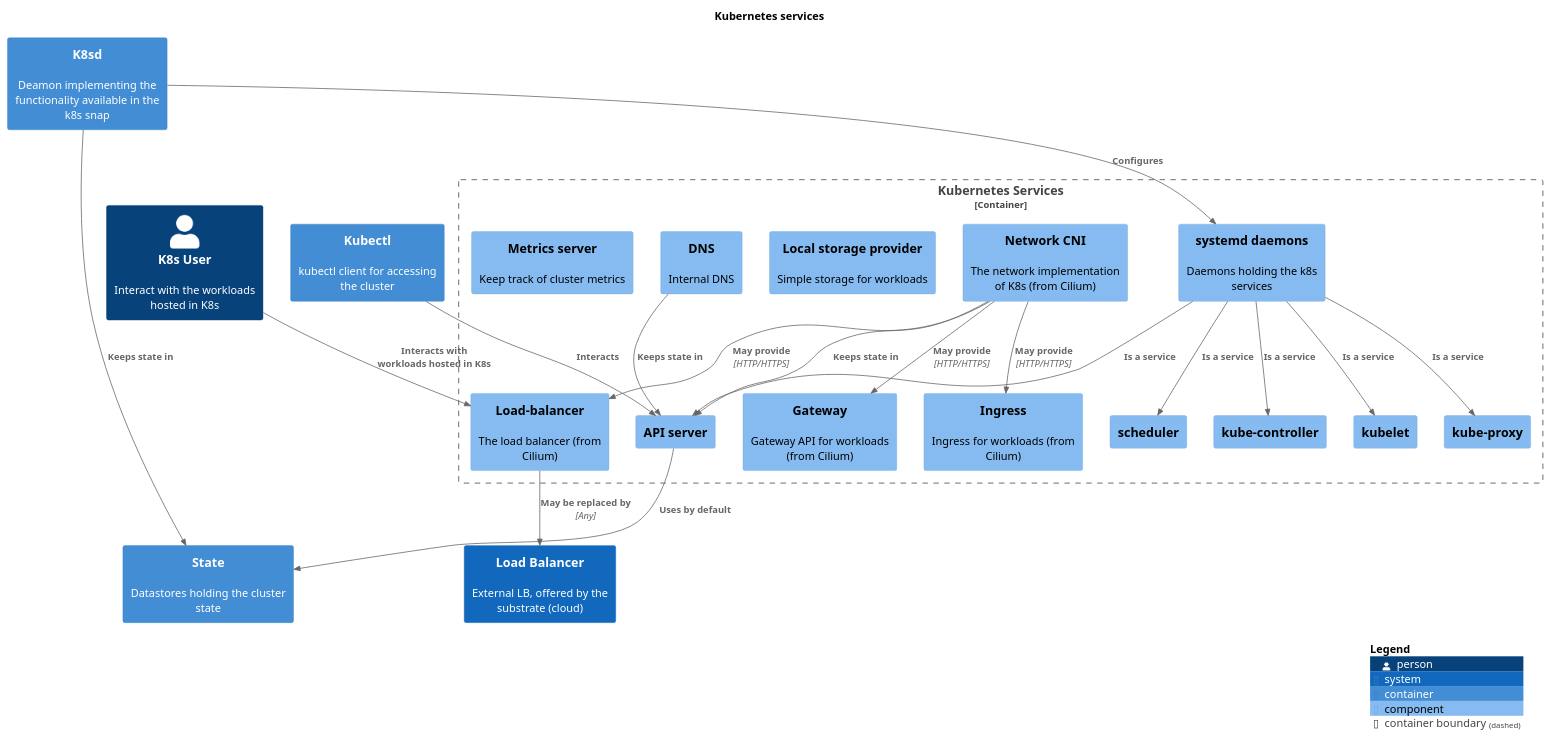
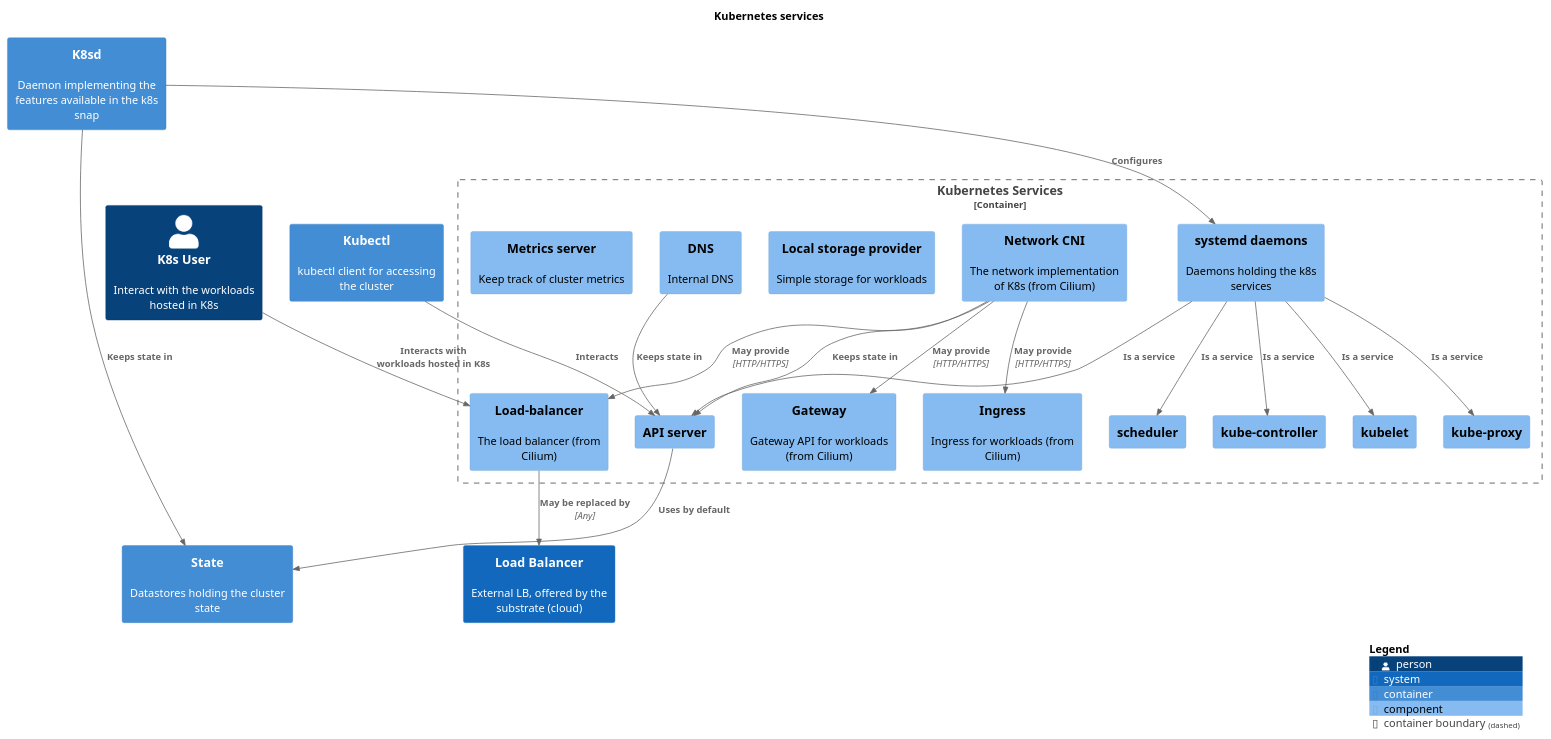
The diagram in docs/src/assets/k8s-services.puml (canonical/k8s-snap), drawn with PlantUML before and after one commit. The commit also changed 10 other files, not shown here.

```diff
--- a/docs/src/assets/k8s-services.puml
+++ b/docs/src/assets/k8s-services.puml
@@ -1,52 +1,52 @@
 @startuml
 set separator none
 title Kubernetes services
 
 top to bottom direction
 
 !include <C4/C4>
 !include <C4/C4_Context>
 !include <C4/C4_Container>
 !include <C4/C4_Component>
 
-Container(K8sSnapDistribution.K8sd, "K8sd", $techn="", $descr="Deamon implementing the functionality available in the k8s snap", $tags="", $link="")
+Container(K8sSnapDistribution.K8sd, "K8sd", $techn="", $descr="Daemon implementing the features available in the k8s snap", $tags="", $link="")
 Container(K8sSnapDistribution.State, "State", $techn="", $descr="Datastores holding the cluster state", $tags="", $link="")
 Person(K8sUser, "K8s User", $descr="Interact with the workloads hosted in K8s", $tags="", $link="")
 System(LoadBalancer, "Load Balancer", $descr="External LB, offered by the substrate (cloud)", $tags="", $link="")
 Container(K8sSnapDistribution.Kubectl, "Kubectl", $techn="", $descr="kubectl client for accessing the cluster", $tags="", $link="")
 
 Container_Boundary("K8sSnapDistribution.KubernetesServices_boundary", "Kubernetes Services", $tags="") {
   Component(K8sSnapDistribution.KubernetesServices.systemddaemons, "systemd daemons", $techn="", $descr="Daemons holding the k8s services", $tags="", $link="")
   Component(K8sSnapDistribution.KubernetesServices.APIserver, "API server", $techn="", $descr="", $tags="", $link="")
   Component(K8sSnapDistribution.KubernetesServices.kubelet, "kubelet", $techn="", $descr="", $tags="", $link="")
   Component(K8sSnapDistribution.KubernetesServices.kubeproxy, "kube-proxy", $techn="", $descr="", $tags="", $link="")
   Component(K8sSnapDistribution.KubernetesServices.scheduler, "scheduler", $techn="", $descr="", $tags="", $link="")
   Component(K8sSnapDistribution.KubernetesServices.kubecontroller, "kube-controller", $techn="", $descr="", $tags="", $link="")
   Component(K8sSnapDistribution.KubernetesServices.NetworkCNI, "Network CNI", $techn="", $descr="The network implementation of K8s (from Cilium)", $tags="", $link="")
   Component(K8sSnapDistribution.KubernetesServices.Localstorageprovider, "Local storage provider", $techn="", $descr="Simple storage for workloads", $tags="", $link="")
   Component(K8sSnapDistribution.KubernetesServices.Ingress, "Ingress", $techn="", $descr="Ingress for workloads (from Cilium)", $tags="", $link="")
   Component(K8sSnapDistribution.KubernetesServices.Gateway, "Gateway", $techn="", $descr="Gateway API for workloads (from Cilium)", $tags="", $link="")
   Component(K8sSnapDistribution.KubernetesServices.DNS, "DNS", $techn="", $descr="Internal DNS", $tags="", $link="")
   Component(K8sSnapDistribution.KubernetesServices.Metricsserver, "Metrics server", $techn="", $descr="Keep track of cluster metrics", $tags="", $link="")
   Component(K8sSnapDistribution.KubernetesServices.Loadbalancer, "Load-balancer", $techn="", $descr="The load balancer (from Cilium)", $tags="", $link="")
 }
 
 Rel(K8sUser, K8sSnapDistribution.KubernetesServices.Loadbalancer, "Interacts with workloads hosted in K8s", $techn="", $tags="", $link="")
 Rel(K8sSnapDistribution.KubernetesServices.Loadbalancer, LoadBalancer, "May be replaced by", $techn="Any", $tags="", $link="")
 Rel(K8sSnapDistribution.K8sd, K8sSnapDistribution.KubernetesServices.systemddaemons, "Configures", $techn="", $tags="", $link="")
 Rel(K8sSnapDistribution.KubernetesServices.systemddaemons, K8sSnapDistribution.KubernetesServices.APIserver, "Is a service", $techn="", $tags="", $link="")
 Rel(K8sSnapDistribution.KubernetesServices.systemddaemons, K8sSnapDistribution.KubernetesServices.kubelet, "Is a service", $techn="", $tags="", $link="")
 Rel(K8sSnapDistribution.KubernetesServices.systemddaemons, K8sSnapDistribution.KubernetesServices.kubeproxy, "Is a service", $techn="", $tags="", $link="")
 Rel(K8sSnapDistribution.KubernetesServices.systemddaemons, K8sSnapDistribution.KubernetesServices.kubecontroller, "Is a service", $techn="", $tags="", $link="")
 Rel(K8sSnapDistribution.KubernetesServices.systemddaemons, K8sSnapDistribution.KubernetesServices.scheduler, "Is a service", $techn="", $tags="", $link="")
 Rel(K8sSnapDistribution.KubernetesServices.NetworkCNI, K8sSnapDistribution.KubernetesServices.APIserver, "Keeps state in", $techn="", $tags="", $link="")
 Rel(K8sSnapDistribution.KubernetesServices.DNS, K8sSnapDistribution.KubernetesServices.APIserver, "Keeps state in", $techn="", $tags="", $link="")
 Rel(K8sSnapDistribution.KubernetesServices.APIserver, K8sSnapDistribution.State, "Uses by default", $techn="", $tags="", $link="")
 Rel(K8sSnapDistribution.KubernetesServices.NetworkCNI, K8sSnapDistribution.KubernetesServices.Ingress, "May provide", $techn="HTTP/HTTPS", $tags="", $link="")
 Rel(K8sSnapDistribution.KubernetesServices.NetworkCNI, K8sSnapDistribution.KubernetesServices.Gateway, "May provide", $techn="HTTP/HTTPS", $tags="", $link="")
 Rel(K8sSnapDistribution.KubernetesServices.NetworkCNI, K8sSnapDistribution.KubernetesServices.Loadbalancer, "May provide", $techn="HTTP/HTTPS", $tags="", $link="")
 Rel(K8sSnapDistribution.K8sd, K8sSnapDistribution.State, "Keeps state in", $techn="", $tags="", $link="")
 Rel(K8sSnapDistribution.Kubectl, K8sSnapDistribution.KubernetesServices.APIserver, "Interacts", $techn="", $tags="", $link="")
 
 SHOW_LEGEND(true)
 @enduml
```
